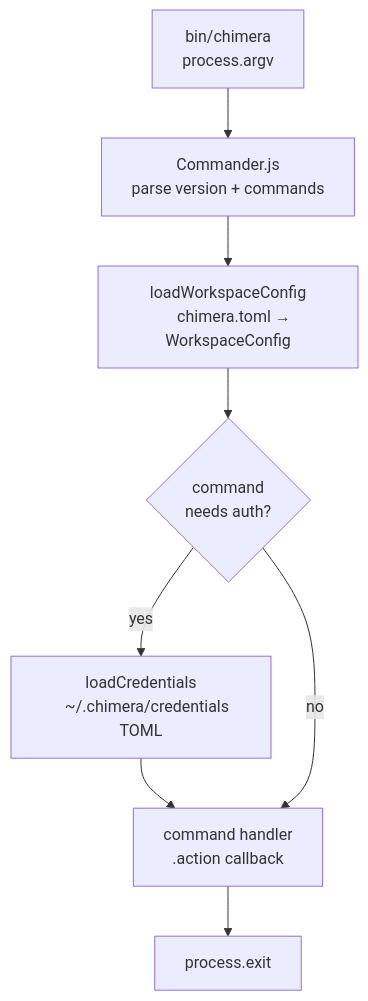
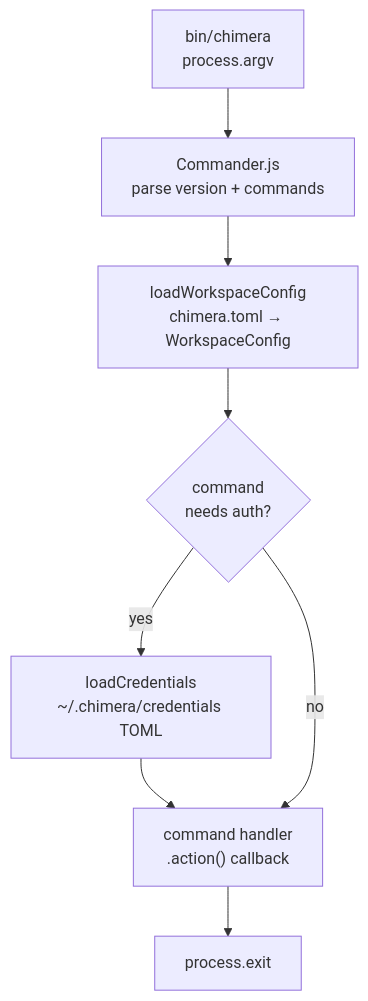
The first of 6 diagrams in docs/architecture/cli-lifecycle.md (Codeseys-Labs/chimera), drawn with Mermaid before and after one commit. The commit also changed other lines of this file and 1 other file, not shown here.

First line of the commit message:
fix(docs): apply mermaid diagram syntax fixes from builder-mermaid-fix

````diff
--- a/docs/architecture/cli-lifecycle.md
+++ b/docs/architecture/cli-lifecycle.md
@@ -42,21 +42,15 @@
 ```mermaid
 flowchart TD
-    ENTRY["bin/chimera
-    process.argv"]
-    PARSE["Commander.js
-    parse version + commands"]
-    LOAD["loadWorkspaceConfig
-    chimera.toml → WorkspaceConfig"]
-    AUTH_CHECK{"command
-    needs auth?"}
-    CREDS["loadCredentials
-    ~/.chimera/credentials TOML"]
-    EXEC["command handler
-    .action callback"]
+    ENTRY["bin/chimera<br/>process.argv"]
+    PARSE["Commander.js<br/>parse version + commands"]
+    LOAD["loadWorkspaceConfig<br/>chimera.toml → WorkspaceConfig"]
+    AUTH_CHECK{"command<br/>needs auth?"}
+    CREDS["loadCredentials<br/>~/.chimera/credentials TOML"]
+    EXEC["command handler<br/>.action() callback"]
     EXIT[process.exit]
 
     ENTRY --> PARSE --> LOAD --> AUTH_CHECK
     AUTH_CHECK -- yes --> CREDS --> EXEC
     AUTH_CHECK -- no --> EXEC
     EXEC --> EXIT
 ```
````
